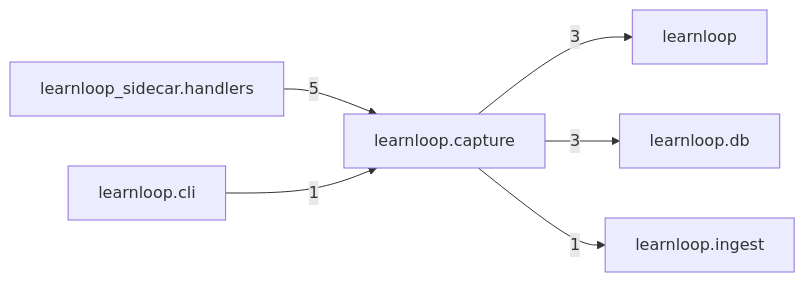
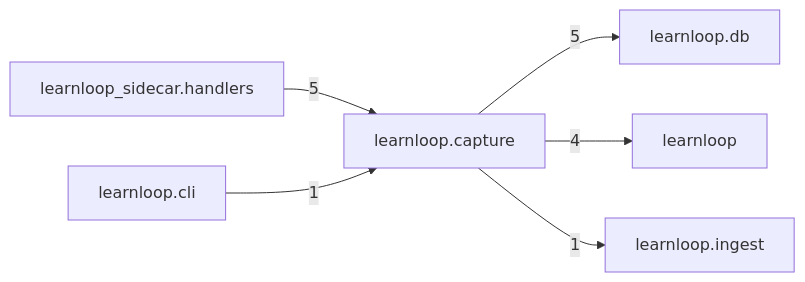
One commit to 6up-b/learnanything changed the diagram in docs/learnloop-architecture-vault/Reference/Modules/learnloop/capture/_package.md. Above: the diagram before and after it, drawn with Mermaid. The commit also changed other lines of this file and 514 other files, not shown here.

````diff
--- a/docs/learnloop-architecture-vault/Reference/Modules/learnloop/capture/_package.md
+++ b/docs/learnloop-architecture-vault/Reference/Modules/learnloop/capture/_package.md
@@ -76,14 +80,14 @@
 ```mermaid
 flowchart LR
     center["learnloop.capture"]
+    n_learnloop_db["learnloop.db"]
     n_learnloop_sidecar_handlers["learnloop_sidecar.handlers"]
     n_learnloop["learnloop"]
-    n_learnloop_db["learnloop.db"]
     n_learnloop_cli["learnloop.cli"]
     n_learnloop_ingest["learnloop.ingest"]
+    center -->|5| n_learnloop_db
     n_learnloop_sidecar_handlers -->|5| center
-    center -->|3| n_learnloop
-    center -->|3| n_learnloop_db
+    center -->|4| n_learnloop
     n_learnloop_cli -->|1| center
     center -->|1| n_learnloop_ingest
 ```
````
